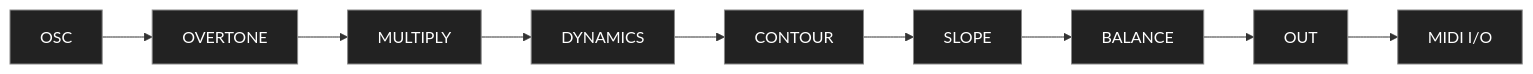
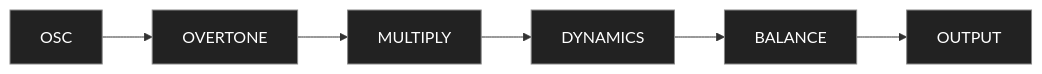
Before and after one commit to frbelli/ClaudeSkills: the second of 15 diagrams in Sound Design/references/synths/Make-Noise-0-Coast-Complete Reference.md, drawn with Mermaid. The commit also changed other lines of this file, not shown here.

````diff
--- a/Sound Design/references/synths/Make-Noise-0-Coast-Complete Reference.md
+++ b/Sound Design/references/synths/Make-Noise-0-Coast-Complete Reference.md
@@ -75,15 +127,13 @@
 ```mermaid
 graph LR
-    A["OSC"] --> B["OVERTONE"]
-    B --> C["MULTIPLY"]
-    C --> D["DYNAMICS"]
-    D --> E["CONTOUR"]
-    E --> F["SLOPE"]
-    F --> G["BALANCE"]
-    G --> H["OUT"]
-    H --> I["MIDI I/O"]
+    %% Audio Signal Flow
+    OSC["OSC"] --> OVT["OVERTONE"]
+    OVT --> MULT["MULTIPLY"]
+    MULT --> DYN["DYNAMICS"]
+    DYN --> BAL["BALANCE"]
+    BAL --> OUT["OUTPUT"]
 
-    %% Styling
-    classDef module fill:#222,stroke:#888,color:#fff,stroke-width:1px;
-    class A,B,C,D,E,F,G,H,I module;
+    %% Style Definitions
+    classDef audio fill:#222,stroke:#888,color:#fff,stroke-width:1px;
+    class OSC,OVT,MULT,DYN,BAL,OUT audio;
 ```
````
